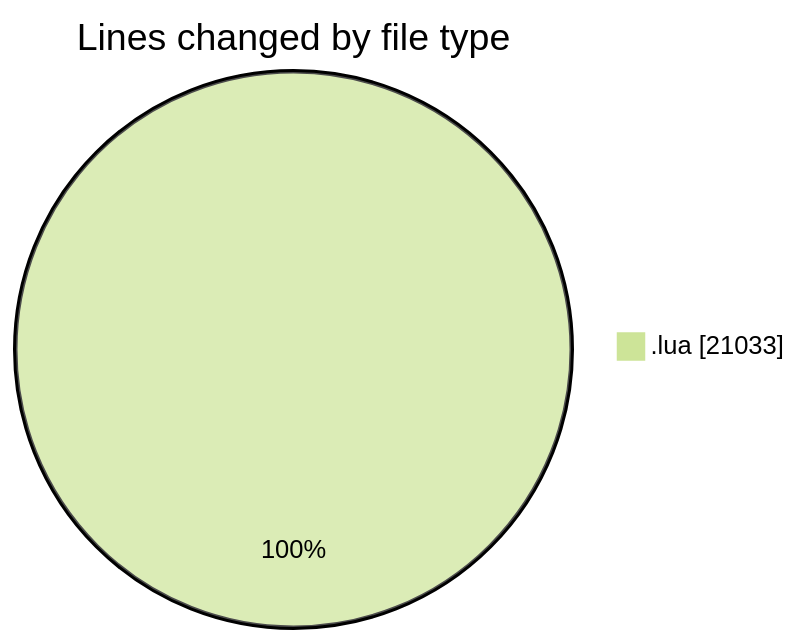
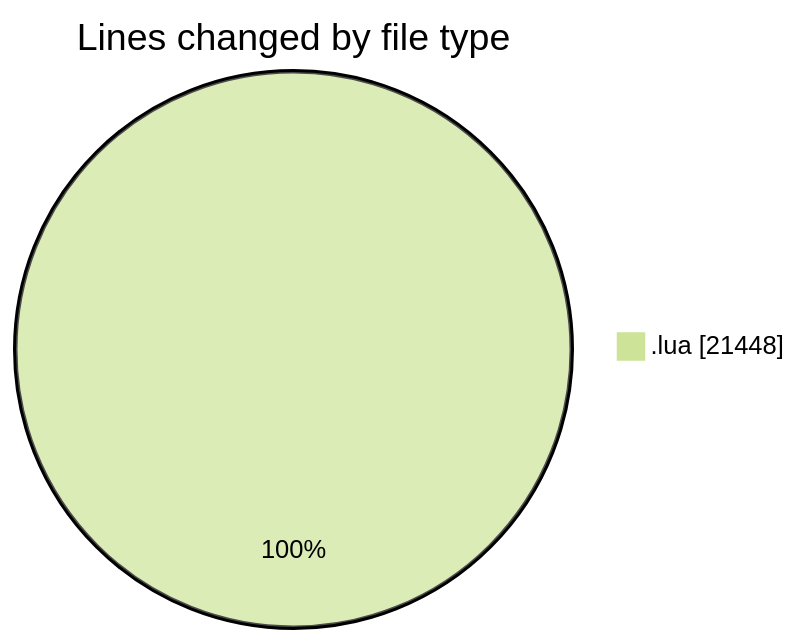
Before and after one commit to 3Nya3/code-tracking: the first of 2 diagrams in 2025-01-02/mods/README.md, drawn with Mermaid (forest theme). The commit also changed other lines of this file and 1 other file, not shown here.

````diff
--- a/2025-01-02/mods/README.md
+++ b/2025-01-02/mods/README.md
@@ -21,5 +21,5 @@
 ```mermaid
 pie showData
 title Lines changed by file type
-".lua" : 21033
+".lua" : 21448
 ```
````
